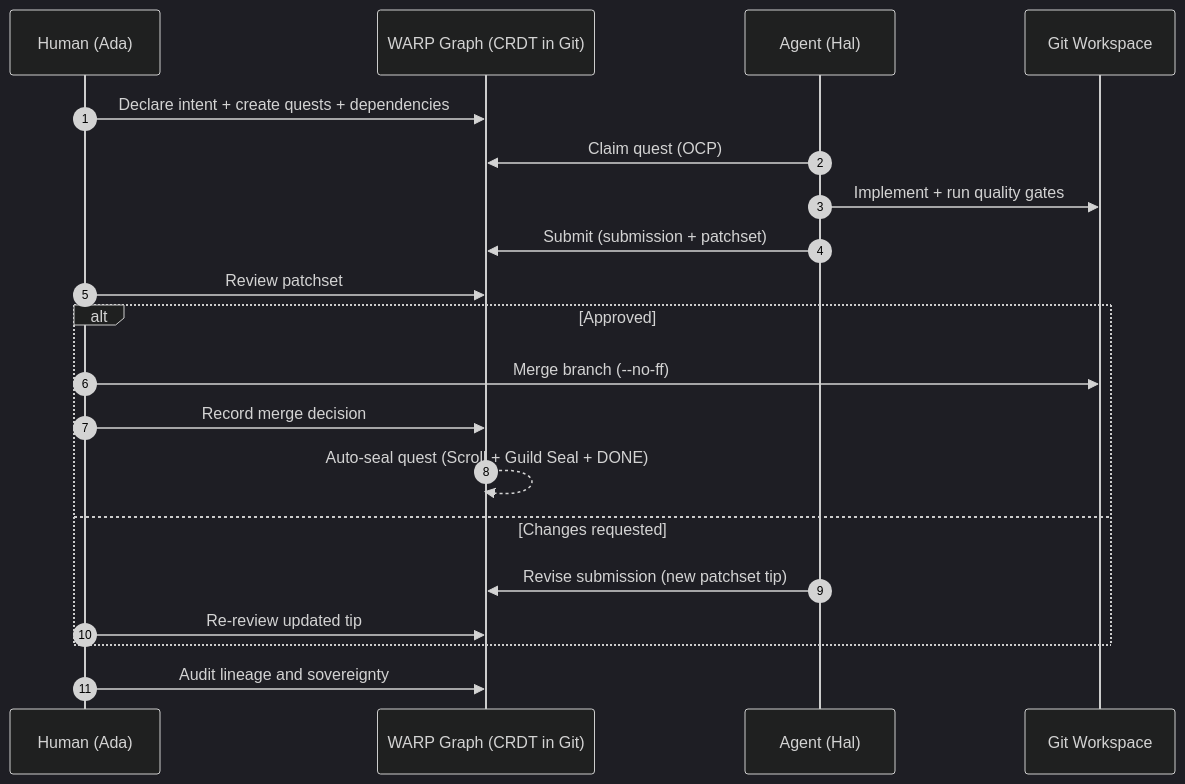
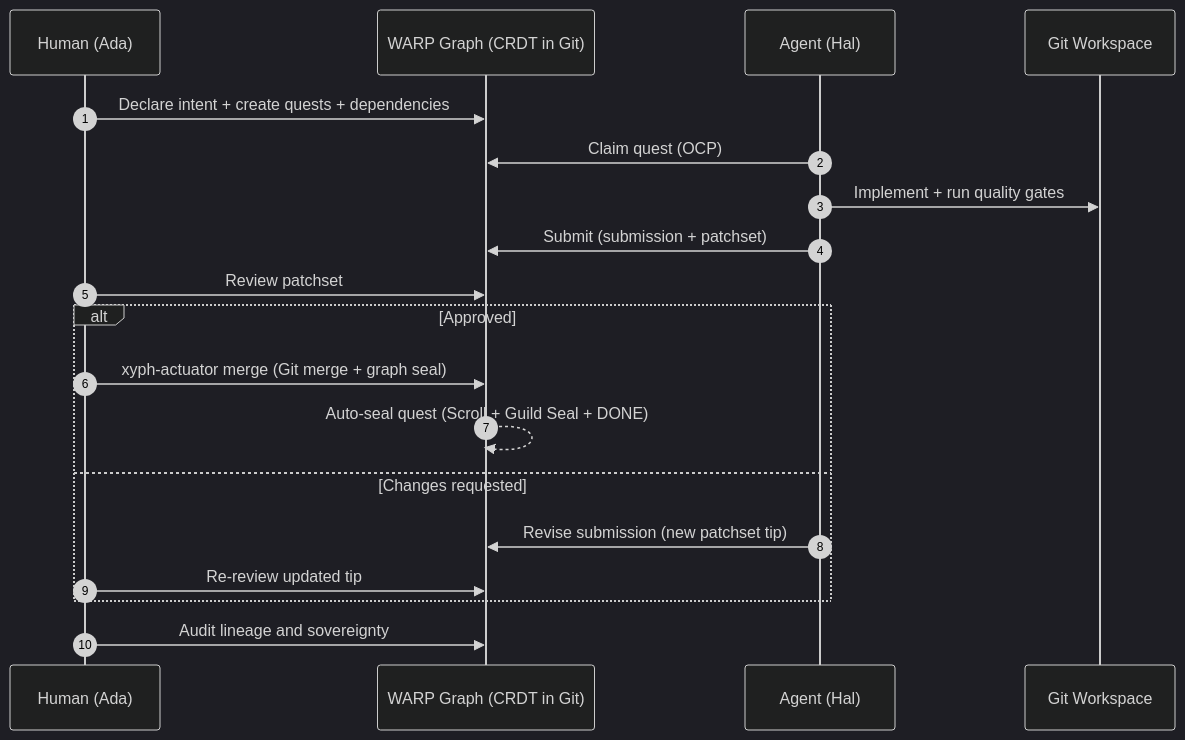
The diagram in docs/diagrams/dev-workflow.mmd (flyingrobots/xyph), drawn with Mermaid (dark theme) before and after one commit. The commit also changed 42 other files, not shown here.

First line of the commit message:
fix: address PR review feedback — docs, diagrams, keyring validation (WVR-006)

```diff
--- a/docs/diagrams/dev-workflow.mmd
+++ b/docs/diagrams/dev-workflow.mmd
@@ -1,23 +1,22 @@
 sequenceDiagram
     autonumber
     participant Ada as Human (Ada)
     participant Warp as WARP Graph (CRDT in Git)
     participant Hal as Agent (Hal)
     participant Git as Git Workspace
 
     Ada->>Warp: Declare intent + create quests + dependencies
     Hal->>Warp: Claim quest (OCP)
     Hal->>Git: Implement + run quality gates
     Hal->>Warp: Submit (submission + patchset)
     Ada->>Warp: Review patchset
 
     alt Approved
-        Ada->>Git: Merge branch (--no-ff)
-        Ada->>Warp: Record merge decision
+        Ada->>Warp: xyph-actuator merge (Git merge + graph seal)
         Warp-->>Warp: Auto-seal quest (Scroll + Guild Seal + DONE)
     else Changes requested
         Hal->>Warp: Revise submission (new patchset tip)
         Ada->>Warp: Re-review updated tip
     end
 
     Ada->>Warp: Audit lineage and sovereignty
```
